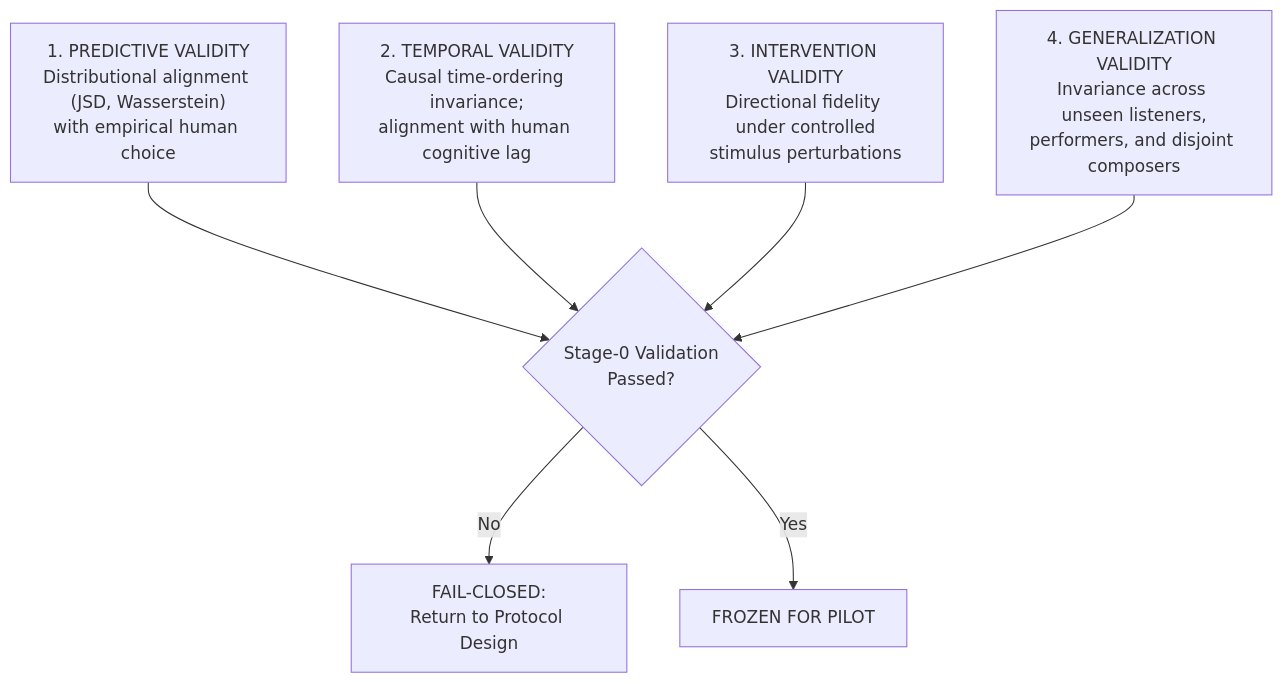
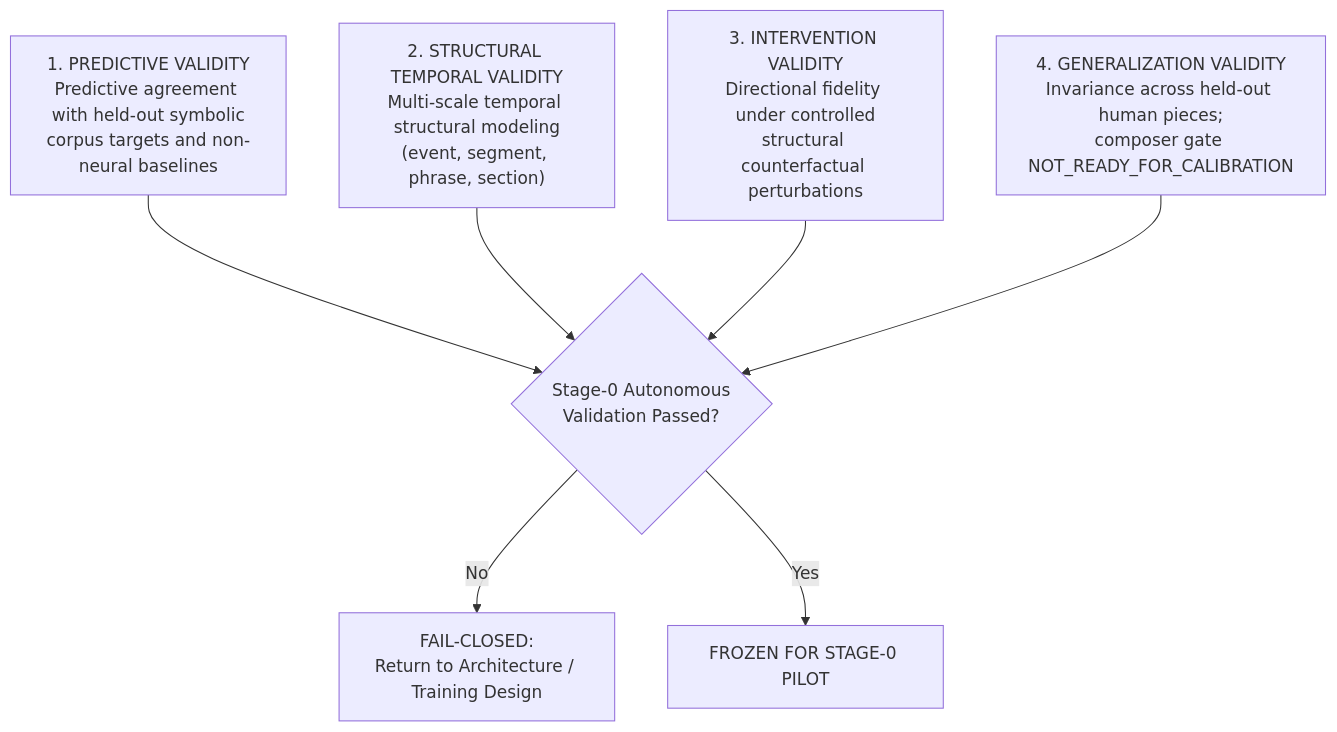
Before and after one commit to team-muel/Russian-Piano-Composer: the third of 3 diagrams in docs/research/PF001_MEASUREMENT_OPERATIONALIZATION_REPORT.md, drawn with Mermaid. The commit also changed other lines of this file and 3 other files, not shown here.

Commit message:
fix(pf001c1.3a): close cross-document autonomous stage-0 semantics

````diff
--- a/docs/research/PF001_MEASUREMENT_OPERATIONALIZATION_REPORT.md
+++ b/docs/research/PF001_MEASUREMENT_OPERATIONALIZATION_REPORT.md
@@ -230,14 +237,14 @@
 ```mermaid
 flowchart TD
-    V1["1. PREDICTIVE VALIDITY<br/>Distributional alignment (JSD, Wasserstein)<br/>with empirical human choice"]
-    V2["2. TEMPORAL VALIDITY<br/>Causal time-ordering invariance;<br/>alignment with human cognitive lag"]
-    V3["3. INTERVENTION VALIDITY<br/>Directional fidelity under controlled<br/>stimulus perturbations"]
-    V4["4. GENERALIZATION VALIDITY<br/>Invariance across unseen listeners,<br/>performers, and disjoint composers"]
+    V1["1. PREDICTIVE VALIDITY<br/>Predictive agreement with held-out symbolic<br/>corpus targets and non-neural baselines"]
+    V2["2. STRUCTURAL TEMPORAL VALIDITY<br/>Multi-scale temporal structural modeling<br/>(event, segment, phrase, section)"]
+    V3["3. INTERVENTION VALIDITY<br/>Directional fidelity under controlled<br/>structural counterfactual perturbations"]
+    V4["4. GENERALIZATION VALIDITY<br/>Invariance across held-out human pieces;<br/>composer gate NOT_READY_FOR_CALIBRATION"]
 
-    V1 --> GATE{"Stage-0 Validation<br/>Passed?"}
+    V1 --> GATE{"Stage-0 Autonomous<br/>Validation Passed?"}
     V2 --> GATE
     V3 --> GATE
     V4 --> GATE
-    GATE -- No --> FAIL["FAIL-CLOSED:<br/>Return to Protocol Design"]
-    GATE -- Yes --> PASS["FROZEN FOR PILOT"]
+    GATE -- No --> FAIL["FAIL-CLOSED:<br/>Return to Architecture / Training Design"]
+    GATE -- Yes --> PASS["FROZEN FOR STAGE-0 PILOT"]
 ```
````
